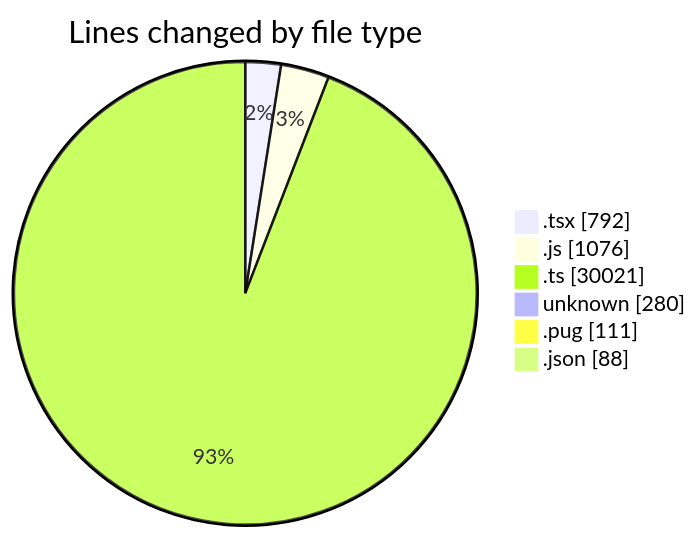
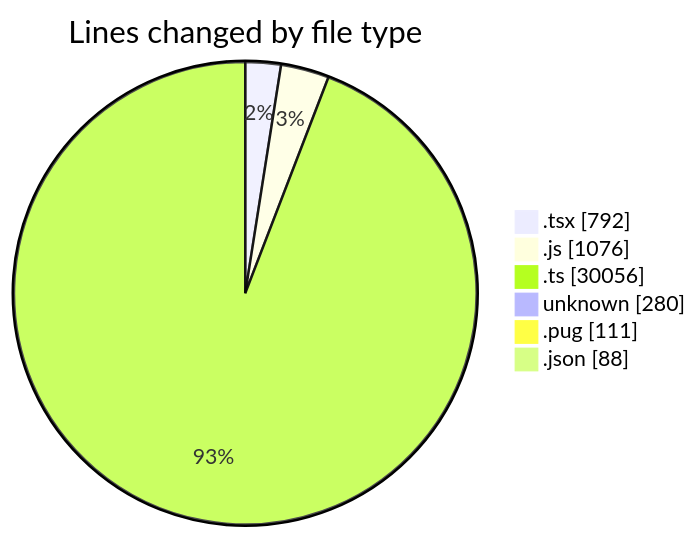
The first of 2 diagrams in 2026-06-03/cda/README.md (momahboobian/code-tracking), drawn with Mermaid before and after one commit. The commit also changed other lines of this file and 1 other file, not shown here.

````diff
--- a/2026-06-03/cda/README.md
+++ b/2026-06-03/cda/README.md
@@ -44,10 +44,10 @@
 ```mermaid
 pie showData
 title Lines changed by file type
 ".tsx" : 792
 ".js" : 1076
-".ts" : 30021
+".ts" : 30056
 "unknown" : 280
 ".pug" : 111
 ".json" : 88
 ```
````
